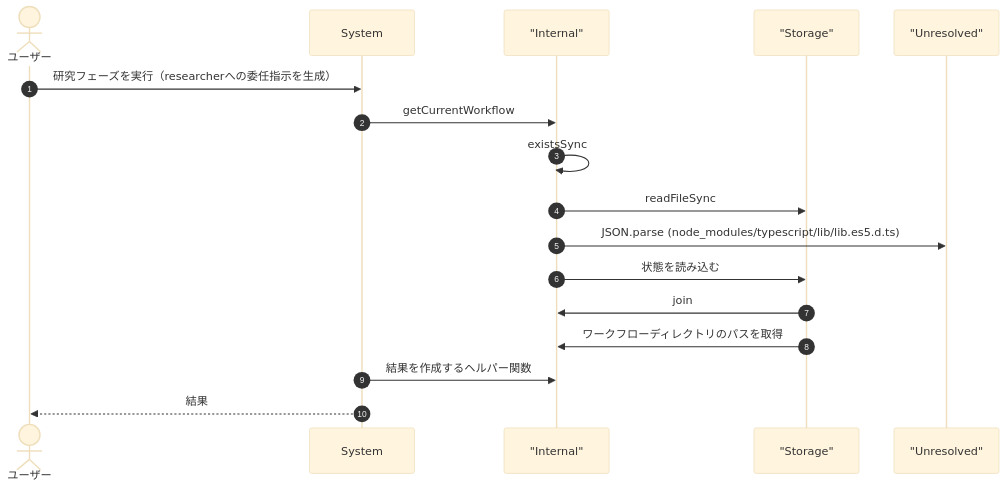
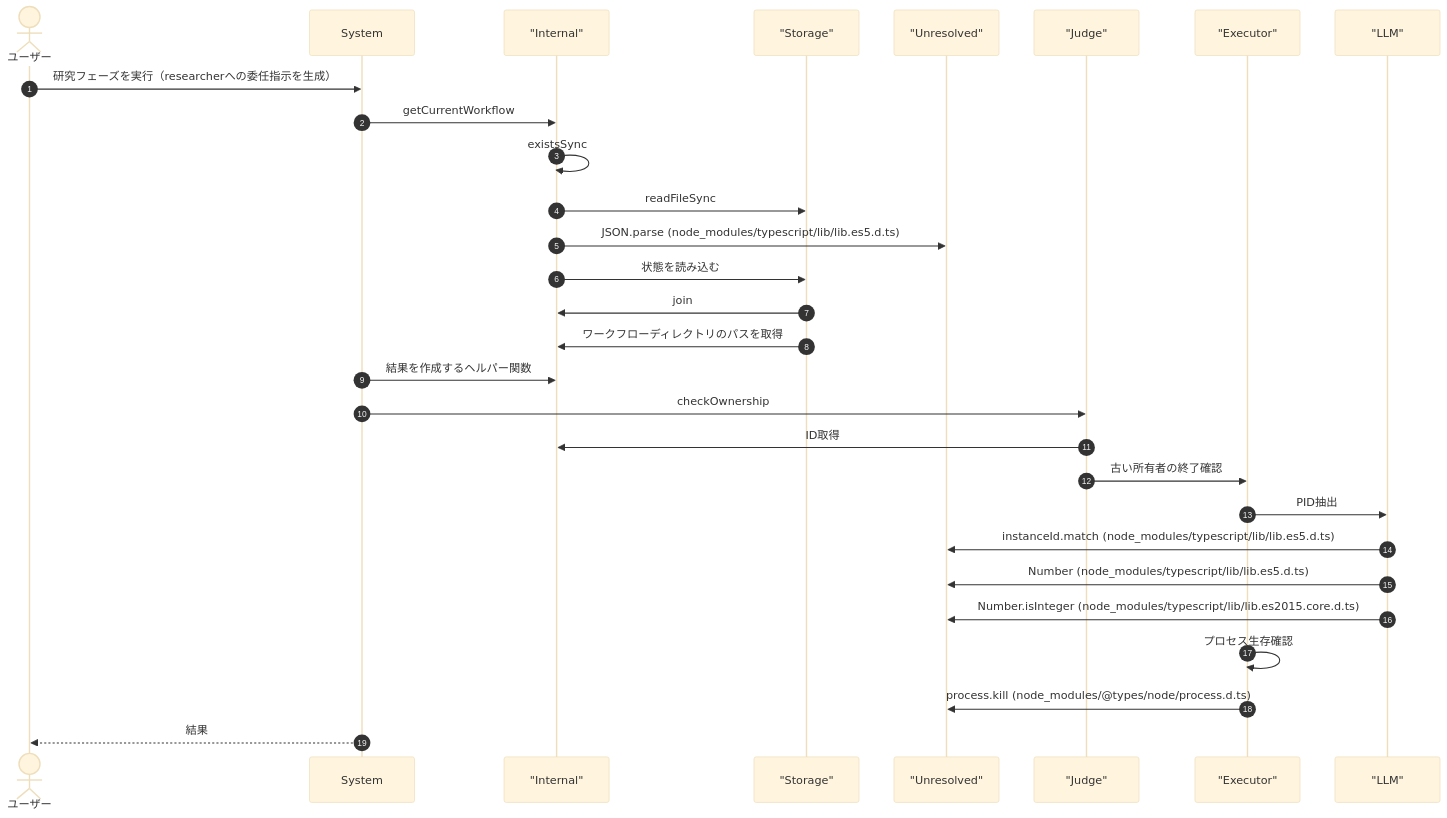
One commit to Mekann2904/mekann changed diagram 12 of 20 in ABDD/.pi/extensions/ul-workflow.md. Above: the diagram before and after it, drawn with Mermaid (base theme). The commit also changed other lines of this file and 189 other files, not shown here.

````diff
--- a/ABDD/.pi/extensions/ul-workflow.md
+++ b/ABDD/.pi/extensions/ul-workflow.md
@@ -549,21 +800,33 @@
 ```mermaid
 sequenceDiagram
   autonumber
   actor User as ユーザー
   participant System as System
   participant Internal as "Internal"
   participant Storage as "Storage"
   participant Unresolved as "Unresolved"
+  participant Judge as "Judge"
+  participant Executor as "Executor"
+  participant LLM as "LLM"
 
   User->>System: 研究フェーズを実行（researcherへの委任指示を生成）
   System->>Internal: getCurrentWorkflow
   Internal->>Internal: existsSync
   Internal->>Storage: readFileSync
   Internal->>Unresolved: JSON.parse (node_modules/typescript/lib/lib.es5.d.ts)
   Internal->>Storage: 状態を読み込む
   Storage->>Internal: join
   Storage->>Internal: ワークフローディレクトリのパスを取得
   System->>Internal: 結果を作成するヘルパー関数
+  System->>Judge: checkOwnership
+  Judge->>Internal: ID取得
+  Judge->>Executor: 古い所有者の終了確認
+  Executor->>LLM: PID抽出
+  LLM->>Unresolved: instanceId.match (node_modules/typescript/lib/lib.es5.d.ts)
+  LLM->>Unresolved: Number (node_modules/typescript/lib/lib.es5.d.ts)
+  LLM->>Unresolved: Number.isInteger (node_modules/typescript/lib/lib.es2015.core.d.ts)
+  Executor->>Executor: プロセス生存確認
+  Executor->>Unresolved: process.kill (node_modules/@types/node/process.d.ts)
   System-->>User: 結果
 
 ```
````
